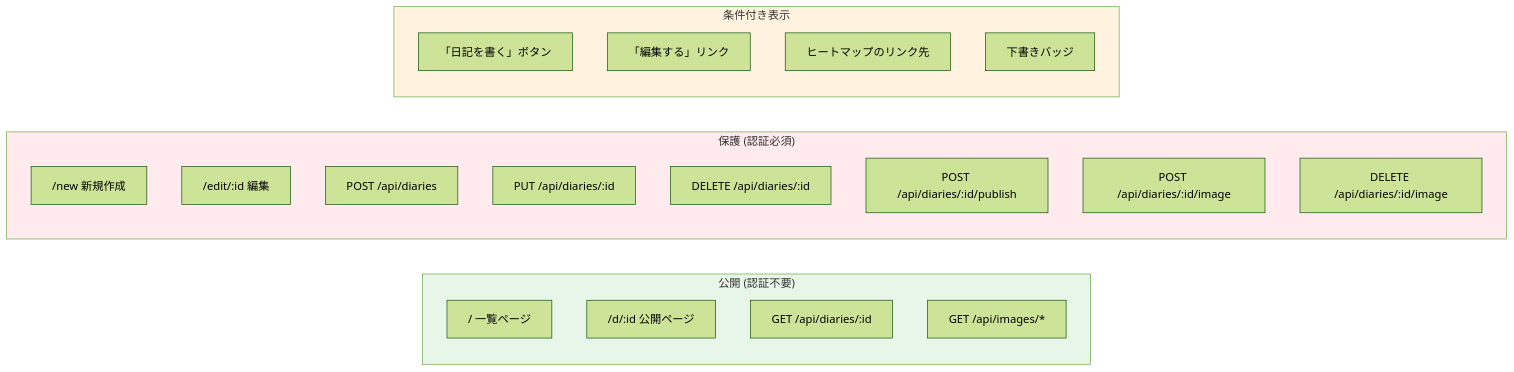
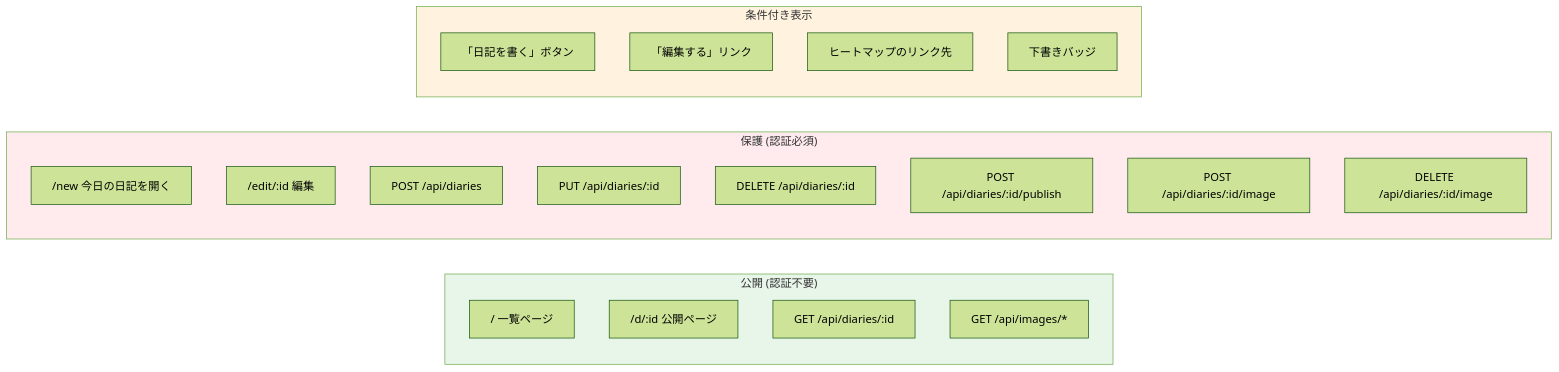
Before and after one commit to shimabox/400-diary: the third of 3 diagrams in docs/architecture/authentication.md, drawn with Mermaid (forest theme). The commit also changed 20 other files, not shown here.

````diff
--- a/docs/architecture/authentication.md
+++ b/docs/architecture/authentication.md
@@ -62,29 +62,29 @@
 ```mermaid
 graph LR
     subgraph Public["公開 (認証不要)"]
         A["/ 一覧ページ"]
         B["/d/:id 公開ページ"]
         C["GET /api/diaries/:id"]
         D["GET /api/images/*"]
     end
     subgraph Protected["保護 (認証必須)"]
-        E["/new 新規作成"]
+        E["/new 今日の日記を開く"]
         F["/edit/:id 編集"]
         G["POST /api/diaries"]
         H["PUT /api/diaries/:id"]
         I["DELETE /api/diaries/:id"]
         J["POST /api/diaries/:id/publish"]
         K["POST /api/diaries/:id/image"]
         L["DELETE /api/diaries/:id/image"]
     end
     subgraph Conditional["条件付き表示"]
         M["「日記を書く」ボタン"]
         N["「編集する」リンク"]
         O["ヒートマップのリンク先"]
         P["下書きバッジ"]
     end
 
     style Public fill:#e8f5e9
     style Protected fill:#ffebee
     style Conditional fill:#fff3e0
 ```
````
